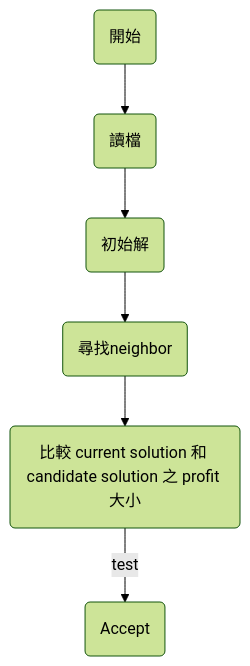
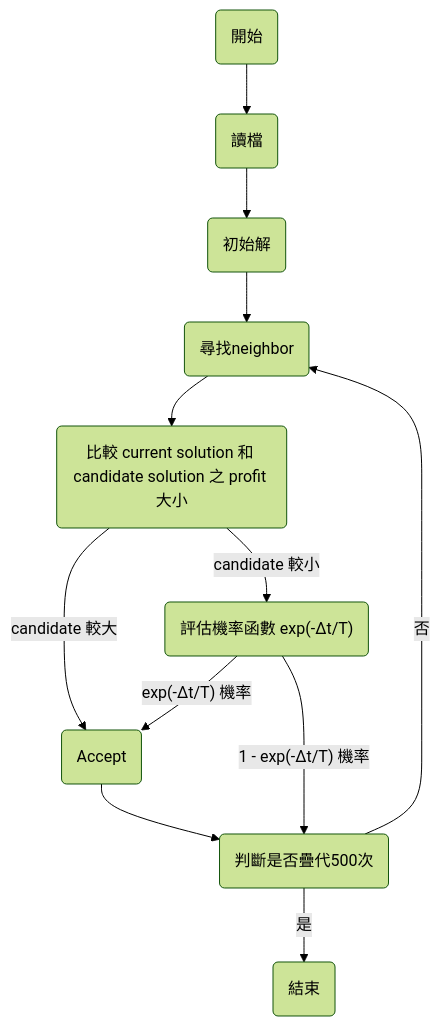
One commit to Kenhchs/AWINLAB changed the diagram in 2.Meta-heuristic Algorithm/2.Simulated annealing/README.md. Above: the diagram before and after it, drawn with Mermaid (forest theme). The commit also changed other lines of this file, not shown here.

````diff
--- a/2.Meta-heuristic Algorithm/2.Simulated annealing/README.md
+++ b/2.Meta-heuristic Algorithm/2.Simulated annealing/README.md
@@ -32,9 +32,14 @@
 ```mermaid
 graph TD;
   A(開始) -->B(讀檔)
   B --> C(初始解)
   C --> D(尋找neighbor)
   D --> E(比較 current solution 和 candidate solution 之 profit 大小)
-  E --> |test| F(Accept)
-  
+  E --> |candidate 較大| F(Accept)
+  E --> |candidate 較小| G("評估機率函數 exp(-Δt/T)")
+  G --> |"exp(-Δt/T) 機率"| F
+  G --> |"1 - exp(-Δt/T) 機率"| H(判斷是否疊代500次)
+  F --> H
+  H --> |是| I(結束)
+  H --> |否| D
 ```
````
